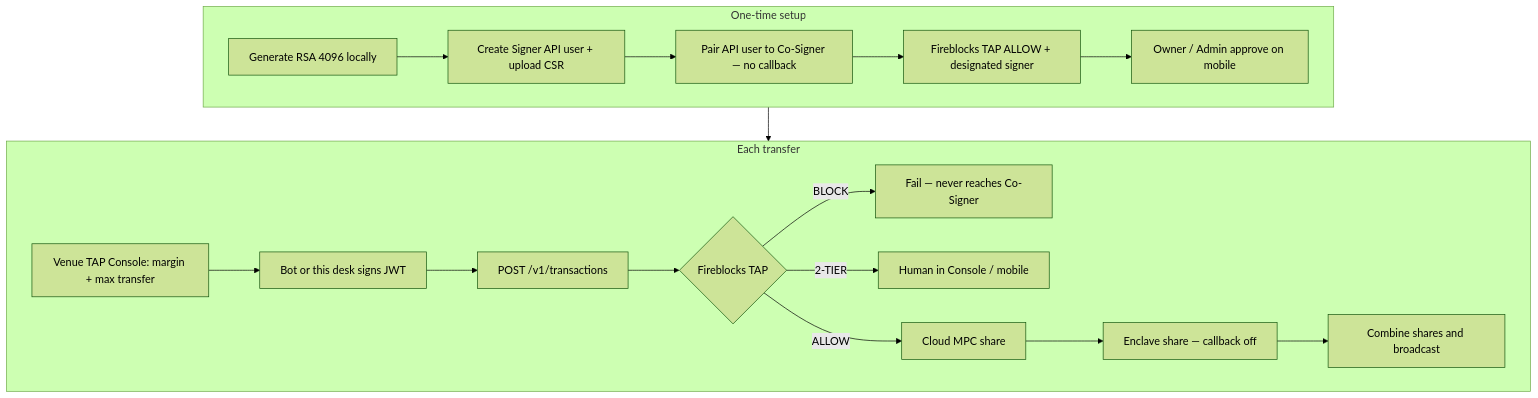
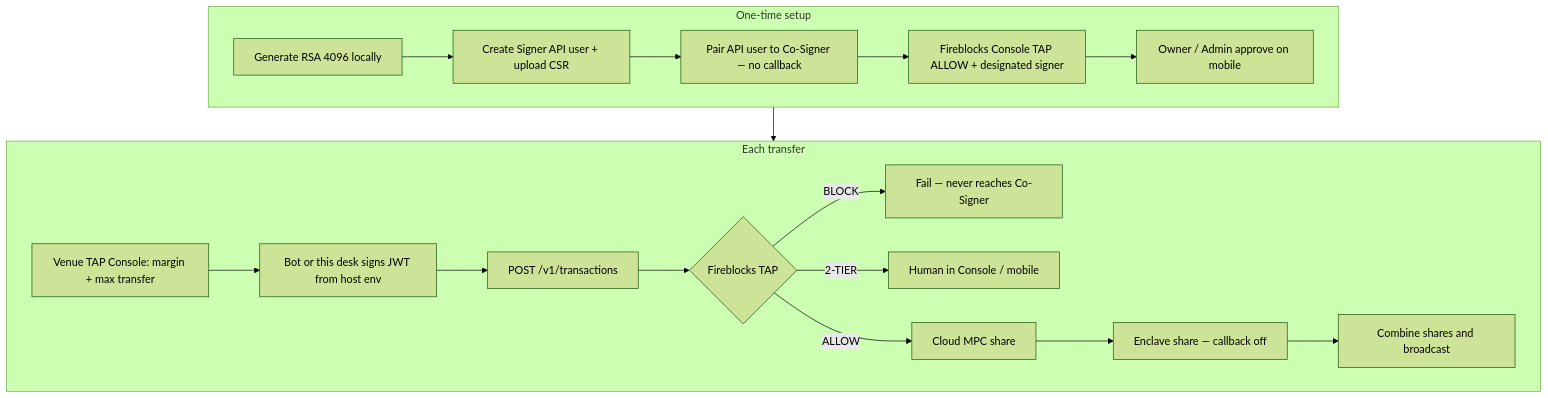
One commit to JellyCWenning/signet changed the diagram in README.md. Above: the diagram before and after it, drawn with Mermaid (forest theme). The commit also changed other lines of this file and 17 other files, not shown here.

First line of the commit message:
Remove HTTP /ops and /policy; JWT and Fireblocks TAP stay off this site

````diff
--- a/README.md
+++ b/README.md
@@ -25,22 +25,22 @@
 ```mermaid
 flowchart TD
   subgraph setup [One-time setup]
     A1[Generate RSA 4096 locally] --> A2[Create Signer API user + upload CSR]
     A2 --> A3[Pair API user to Co-Signer — no callback]
-    A3 --> A4[Fireblocks TAP ALLOW + designated signer]
+    A3 --> A4[Fireblocks Console TAP ALLOW + designated signer]
     A4 --> A5[Owner / Admin approve on mobile]
   end
 
   subgraph runtime [Each transfer]
-    B0[Venue TAP Console: margin + max transfer] --> B1[Bot or this desk signs JWT]
+    B0[Venue TAP Console: margin + max transfer] --> B1[Bot or this desk signs JWT from host env]
     B1 --> B2[POST /v1/transactions]
     B2 --> TAP{Fireblocks TAP}
     TAP -->|BLOCK| X1[Fail — never reaches Co-Signer]
     TAP -->|2-TIER| F2[Human in Console / mobile]
     TAP -->|ALLOW| C1[Cloud MPC share]
     C1 --> C2[Enclave share — callback off]
     C2 --> C3[Combine shares and broadcast]
   end
 
   setup --> runtime
 ```
````
